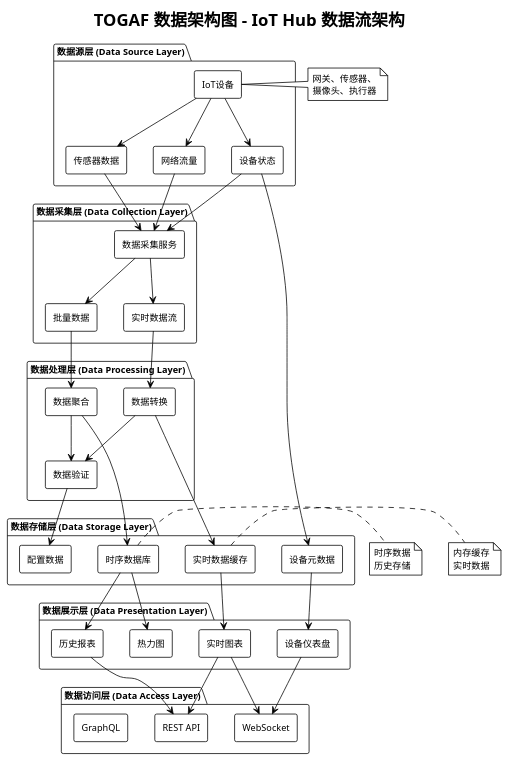
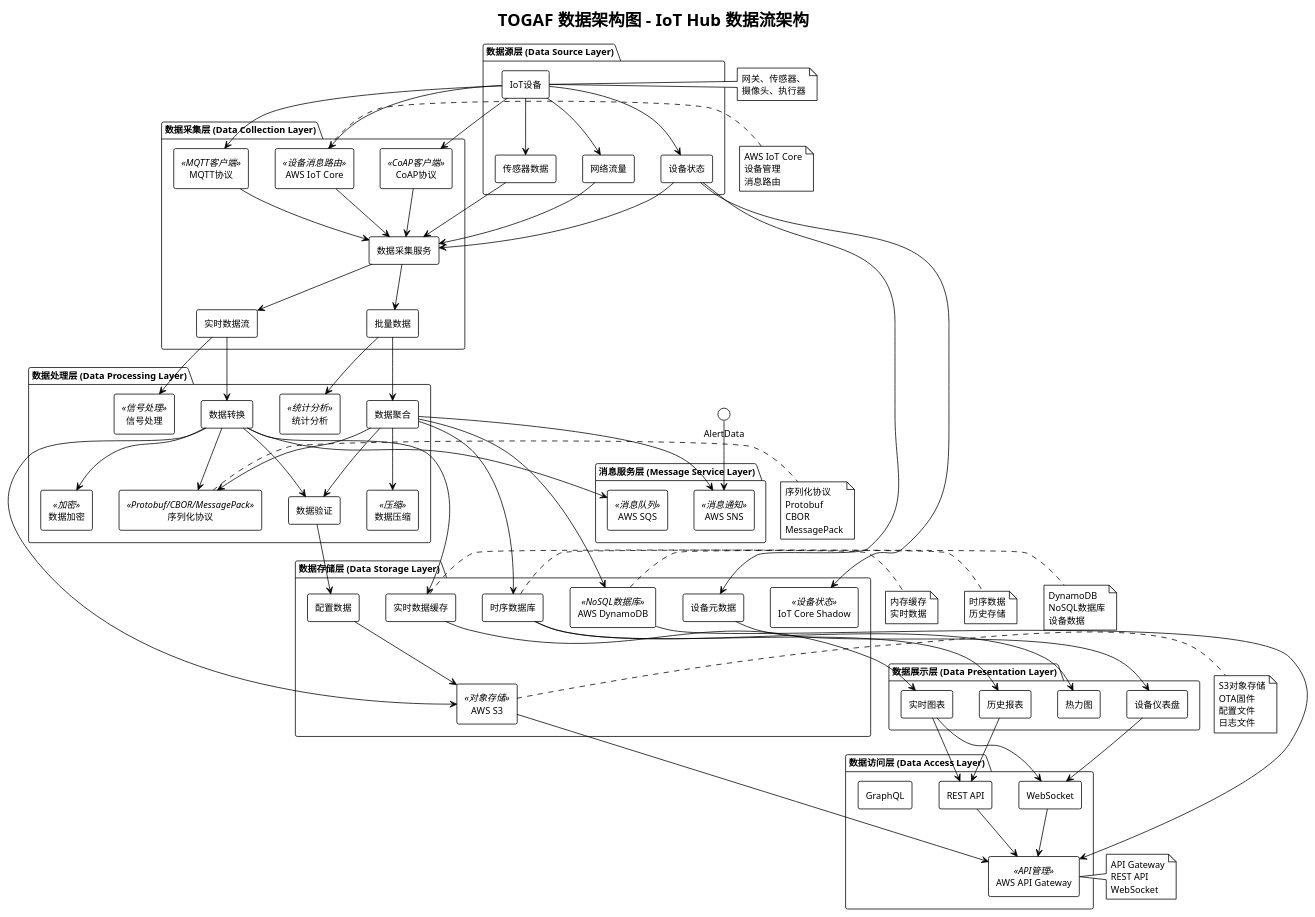
The diagram in docs/togaf/data-architecture.puml (felixzhu97/IoT-project), drawn with PlantUML before and after one commit. The commit also changed 5 other files, not shown here.

Commit message:
feat: Enhance TOGAF architecture documentation by integrating AWS services and IoT protocol tools, adding detailed descriptions and relationships for improved clarity and usability

```diff
--- a/docs/togaf/data-architecture.puml
+++ b/docs/togaf/data-architecture.puml
@@ -1,99 +1,173 @@
 @startuml TOGAF_Data_Architecture
 !theme plain
 skinparam componentStyle rectangle
 skinparam backgroundColor #FFFFFF
 skinparam defaultFontSize 12
 
 title TOGAF 数据架构图 - IoT Hub 数据流架构
 
 package "数据源层 (Data Source Layer)" {
   [IoT设备] as IoTDevices
   [传感器数据] as SensorData
   [设备状态] as DeviceStatus
   [网络流量] as NetworkTraffic
 }
 
 package "数据采集层 (Data Collection Layer)" {
   [数据采集服务] as DataCollectionService
   [实时数据流] as RealTimeDataStream
   [批量数据] as BatchData
+  [AWS IoT Core] as IoTCore <<设备消息路由>>
+  [MQTT协议] as MQTT <<MQTT客户端>>
+  [CoAP协议] as CoAP <<CoAP客户端>>
 }
 
 package "数据处理层 (Data Processing Layer)" {
   [数据转换] as DataTransformation
   [数据聚合] as DataAggregation
   [数据验证] as DataValidation
+  [序列化协议] as Serialization <<Protobuf/CBOR/MessagePack>>
+  [信号处理] as Signal <<信号处理>>
+  [统计分析] as Stats <<统计分析>>
+  [数据加密] as Crypto <<加密>>
+  [数据压缩] as Compression <<压缩>>
 }
 
 package "数据存储层 (Data Storage Layer)" {
   [实时数据缓存] as RealTimeCache
   [时序数据库] as TimeSeriesDB
   [设备元数据] as DeviceMetadata
   [配置数据] as ConfigData
+  [AWS DynamoDB] as DynamoDB <<NoSQL数据库>>
+  [AWS S3] as S3 <<对象存储>>
+  [IoT Core Shadow] as Shadow <<设备状态>>
 }
 
 package "数据展示层 (Data Presentation Layer)" {
   [实时图表] as RealTimeCharts
   [历史报表] as HistoricalReports
   [设备仪表盘] as DeviceDashboards
   [热力图] as Heatmaps
 }
 
+package "消息服务层 (Message Service Layer)" {
+  [AWS SQS] as SQS <<消息队列>>
+  [AWS SNS] as SNS <<消息通知>>
+}
+
 package "数据访问层 (Data Access Layer)" {
   [REST API] as RESTAPI
   [WebSocket] as WebSocket
   [GraphQL] as GraphQL
+  [AWS API Gateway] as APIGateway <<API管理>>
 }
 
 ' 数据源层关系
 IoTDevices --> SensorData
 IoTDevices --> DeviceStatus
 IoTDevices --> NetworkTraffic
 
 ' 数据采集层关系
 SensorData --> DataCollectionService
 DeviceStatus --> DataCollectionService
 NetworkTraffic --> DataCollectionService
 DataCollectionService --> RealTimeDataStream
 DataCollectionService --> BatchData
+IoTDevices --> IoTCore
+IoTDevices --> MQTT
+IoTDevices --> CoAP
+MQTT --> DataCollectionService
+CoAP --> DataCollectionService
+IoTCore --> DataCollectionService
 
 ' 数据处理层关系
 RealTimeDataStream --> DataTransformation
 BatchData --> DataAggregation
 DataTransformation --> DataValidation
 DataAggregation --> DataValidation
+DataTransformation --> Serialization
+DataAggregation --> Serialization
+RealTimeDataStream --> Signal
+BatchData --> Stats
+DataTransformation --> Crypto
+DataAggregation --> Compression
 
 ' 数据存储层关系
 DataTransformation --> RealTimeCache
 DataAggregation --> TimeSeriesDB
 DeviceStatus --> DeviceMetadata
 DataValidation --> ConfigData
+DataAggregation --> DynamoDB
+DataTransformation --> S3
+DeviceStatus --> Shadow
+ConfigData --> S3
 
 ' 数据展示层关系
 RealTimeCache --> RealTimeCharts
 TimeSeriesDB --> HistoricalReports
 DeviceMetadata --> DeviceDashboards
 TimeSeriesDB --> Heatmaps
 
+' 消息服务层关系
+DataTransformation --> SQS
+DataAggregation --> SNS
+AlertData --> SNS
+
 ' 数据访问层关系
 RealTimeCharts --> RESTAPI
 HistoricalReports --> RESTAPI
 DeviceDashboards --> WebSocket
 RealTimeCharts --> WebSocket
+RESTAPI --> APIGateway
+WebSocket --> APIGateway
+DynamoDB --> APIGateway
+S3 --> APIGateway
 
 note right of IoTDevices
   网关、传感器、
   摄像头、执行器
 end note
 
 note right of RealTimeCache
   内存缓存
   实时数据
 end note
 
 note right of TimeSeriesDB
   时序数据
   历史存储
 end note
 
+note right of IoTCore
+  AWS IoT Core
+  设备管理
+  消息路由
+end note
+
+note right of DynamoDB
+  DynamoDB
+  NoSQL数据库
+  设备数据
+end note
+
+note right of S3
+  S3对象存储
+  OTA固件
+  配置文件
+  日志文件
+end note
+
+note right of Serialization
+  序列化协议
+  Protobuf
+  CBOR
+  MessagePack
+end note
+
+note right of APIGateway
+  API Gateway
+  REST API
+  WebSocket
+end note
+
 @enduml
```
